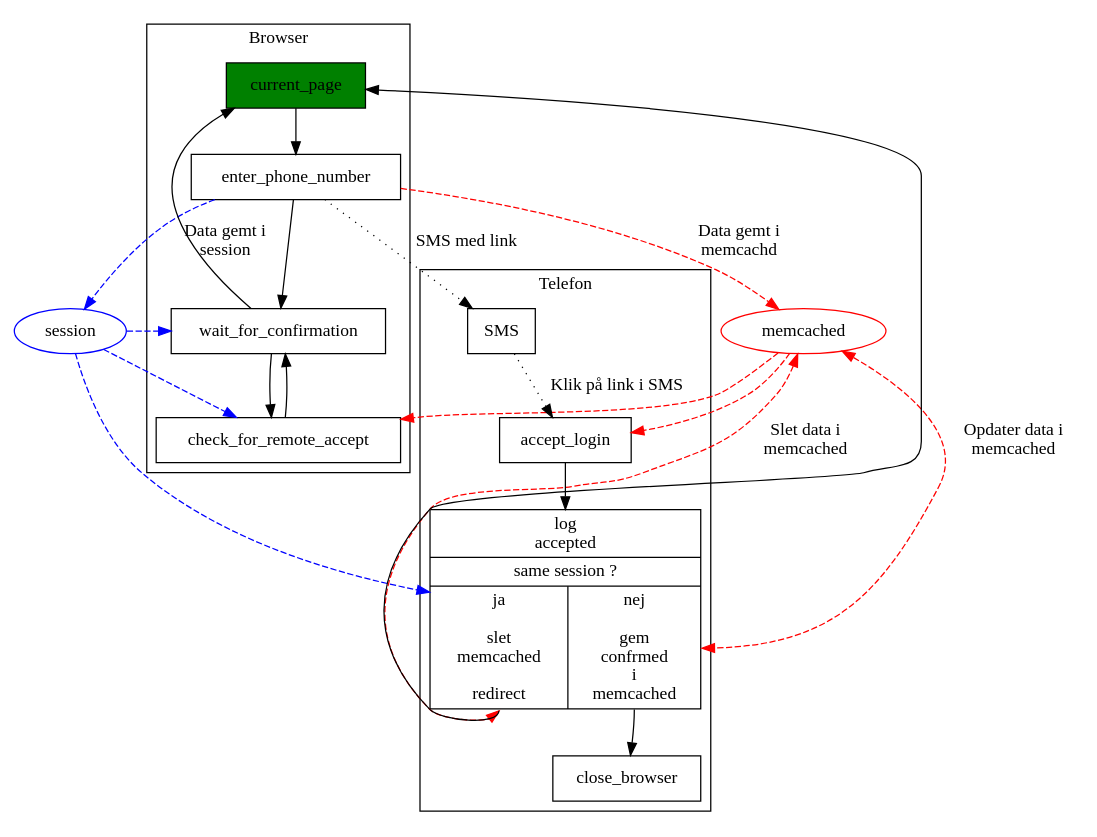
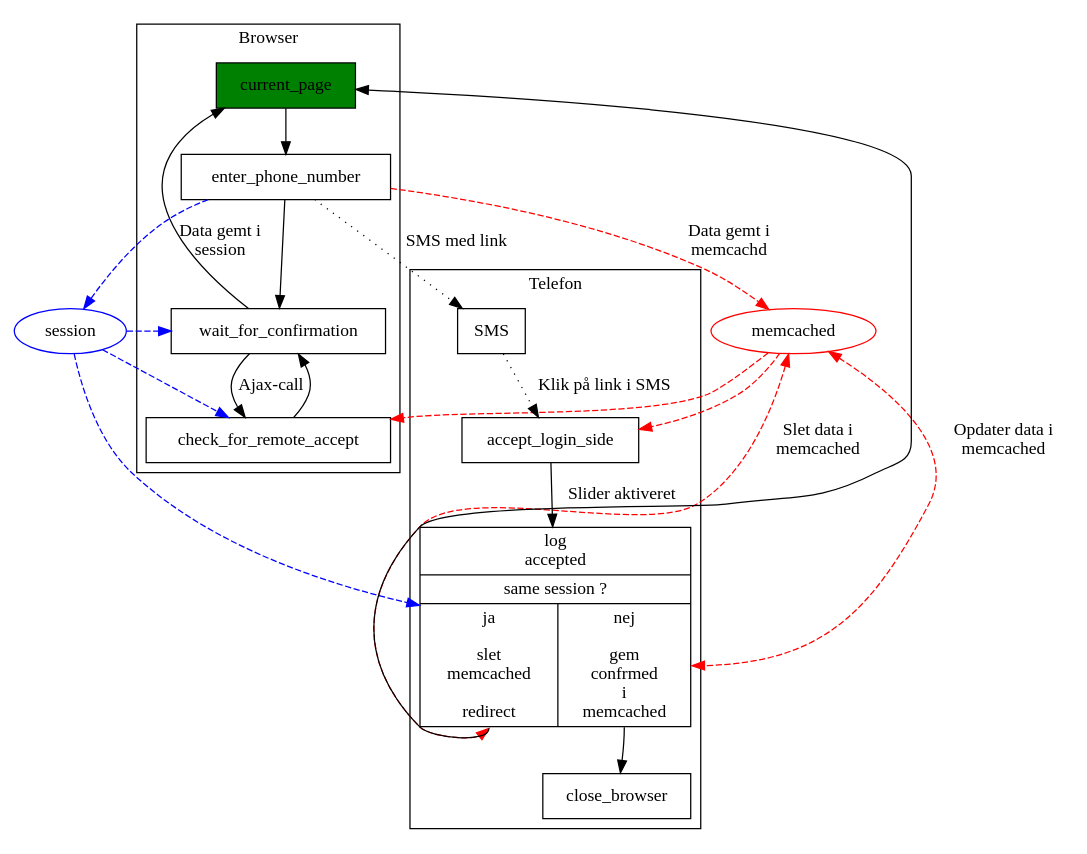
Before and after one commit to alslug/alslug.dk: the diagram in projekter/sms-login.dot, drawn with Graphviz.

```diff
--- a/projekter/sms-login.dot
+++ b/projekter/sms-login.dot
@@ -1,35 +1,35 @@
 digraph xxx {
   node [ shape=box ];
   {
     edge [ style=dashed color=red ];
     enter_phone_number -> memcached [ label="Data gemt i \nmemcachd"]; /////
                           memcached [ shape=ellipse color=red ];
                           memcached -> check_for_remote_accept;
-                          memcached -> accept_login;
+                          memcached -> accept_login_side;
                           memcached -> login_accepted:ja [ label = "Slet data i \nmemcached" dir=both ];
                           memcached -> login_accepted:nej [ label = "Opdater data i \nmemcached" dir=both ];
     edge [ style=dashed color=blue ];
         enter_phone_number -> session [ label="Data gemt i \nsession"];    /////
                               session [ shape=ellipse color=blue ];
                               session -> wait_for_confirmation;
                               session -> check_for_remote_accept;
                               session -> login_accepted;
   }
   subgraph cluster_browser {
     label = "Browser";
     current_page [ style=filled fillcolor=green ];
     current_page -> enter_phone_number -> wait_for_confirmation;
-                                          wait_for_confirmation -> check_for_remote_accept;
+                                          wait_for_confirmation -> check_for_remote_accept [ label="Ajax-call" ];
                                           wait_for_confirmation -> check_for_remote_accept [ dir=back ];
     current_page -> wait_for_confirmation [ dir=back ];
   }
   subgraph cluster_telefon {
     label = "Telefon";
     login_accepted [ shape=record label="{log \n accepted | same session ?|{ <ja> ja \n \n slet \n memcached \n \n redirect | <nej> nej \n \n gem \n confrmed \n i \n memcached}}" ];
-    SMS -> accept_login [ style=dotted label="Klik på link i SMS" ];
-           accept_login -> login_accepted;
+    SMS -> accept_login_side [ style=dotted label="Klik på link i SMS" ];
+           accept_login_side -> login_accepted [ label="Slider aktiveret" ];
            current_page -> login_accepted:ja [ dir=back ];
                            login_accepted:nej -> close_browser;
   }
   enter_phone_number -> SMS [ style= dotted label="SMS med link"];
 }
```
